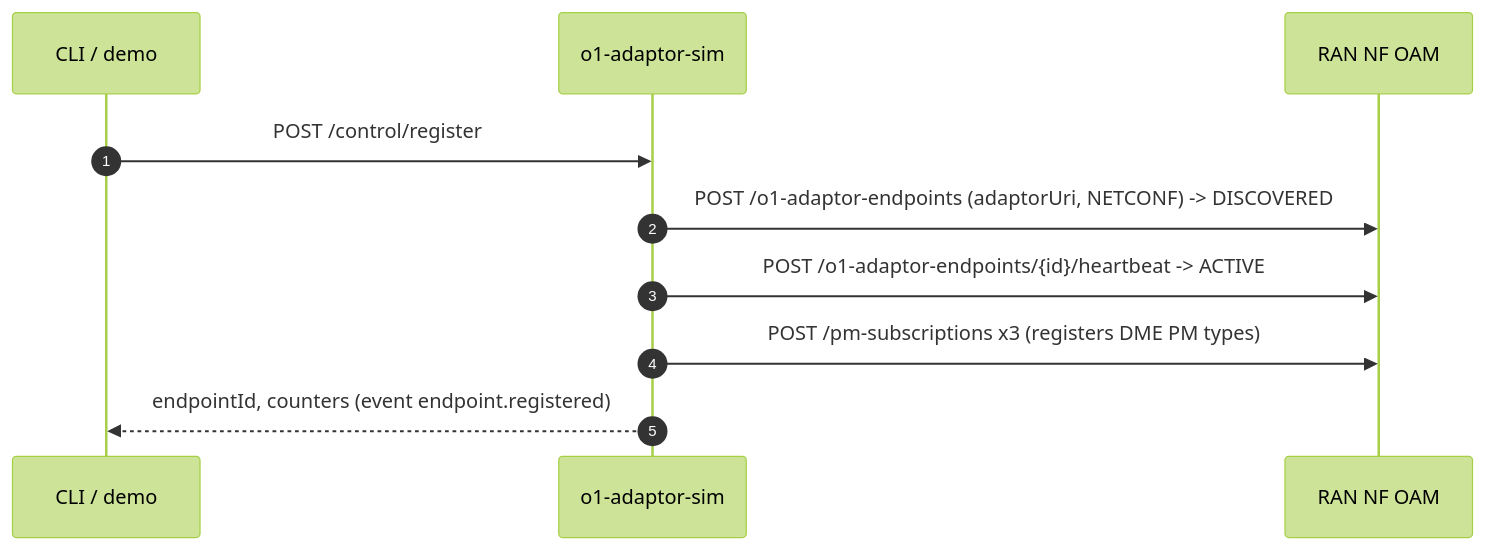
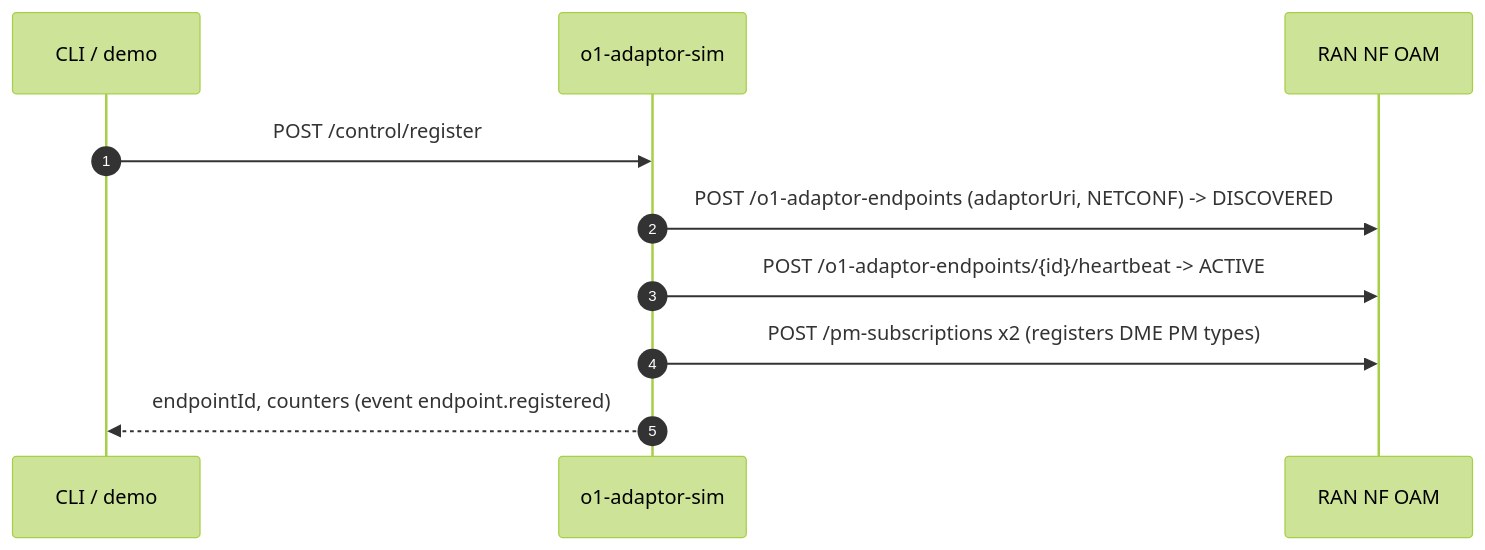
One commit to rsys-bshankar/ai-ran-ref changed the first of 4 diagrams in smo/samples/tx-muting-rapp/README.md. Above: the diagram before and after it, drawn with Mermaid (forest theme). The commit also changed other lines of this file and 24 other files, not shown here.

````diff
--- a/smo/samples/tx-muting-rapp/README.md
+++ b/smo/samples/tx-muting-rapp/README.md
@@ -165,12 +171,12 @@
 ```mermaid
 sequenceDiagram
     autonumber
     participant OP as CLI / demo
     participant AD as o1-adaptor-sim
     participant NF as RAN NF OAM
     OP->>AD: POST /control/register
     AD->>NF: POST /o1-adaptor-endpoints (adaptorUri, NETCONF) -> DISCOVERED
     AD->>NF: POST /o1-adaptor-endpoints/{id}/heartbeat -> ACTIVE
-    AD->>NF: POST /pm-subscriptions x3 (registers DME PM types)
+    AD->>NF: POST /pm-subscriptions x2 (registers DME PM types)
     AD-->>OP: endpointId, counters (event endpoint.registered)
 ```
````
